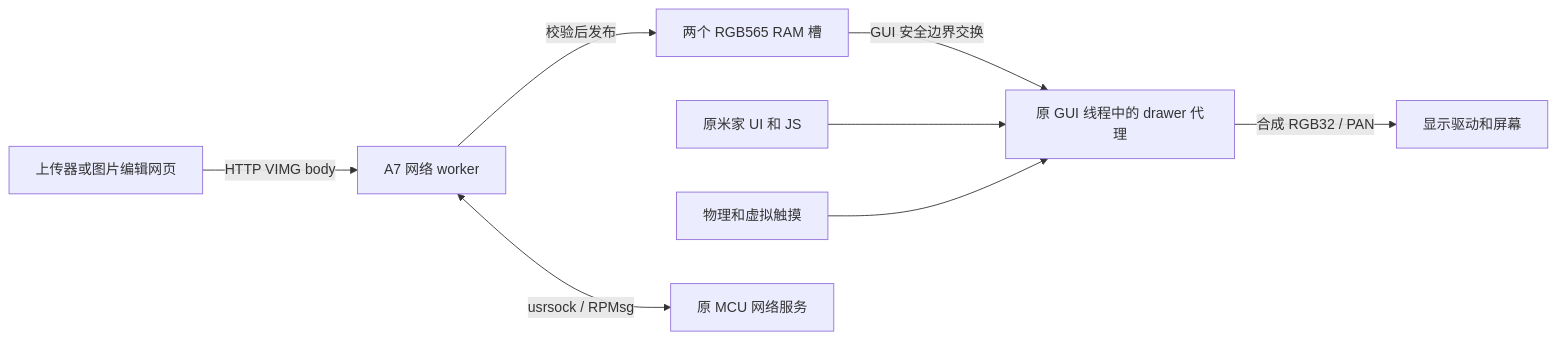
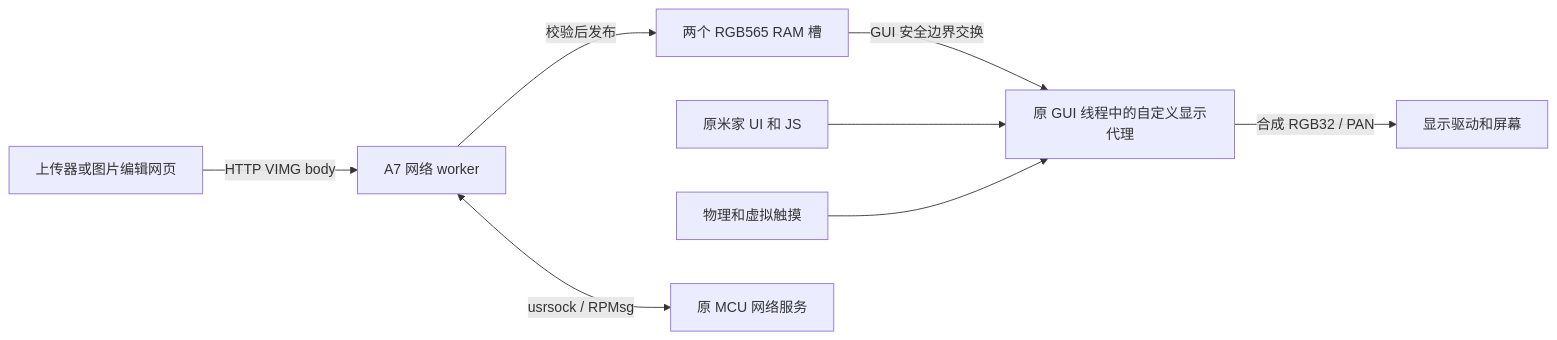
Before and after one commit to vilicvane/xiaomi.controller.86v1: the diagram in docs/architecture.md, drawn with Mermaid. The commit also changed other lines of this file and 22 other files, not shown here.

````diff
--- a/docs/architecture.md
+++ b/docs/architecture.md
@@ -20,10 +23,10 @@
 ```mermaid
 flowchart LR
     Client[上传器或图片编辑网页] -->|HTTP VIMG body| Worker[A7 网络 worker]
     Worker -->|校验后发布| Slots[两个 RGB565 RAM 槽]
-    Slots -->|GUI 安全边界交换| GUI[原 GUI 线程中的 drawer 代理]
+    Slots -->|GUI 安全边界交换| GUI[原 GUI 线程中的自定义显示代理]
     Original[原米家 UI 和 JS] --> GUI
     Touch[物理和虚拟触摸] --> GUI
     GUI -->|合成 RGB32 / PAN| Screen[显示驱动和屏幕]
     Worker <-->|usrsock / RPMsg| MCU[原 MCU 网络服务]
 ```
````
